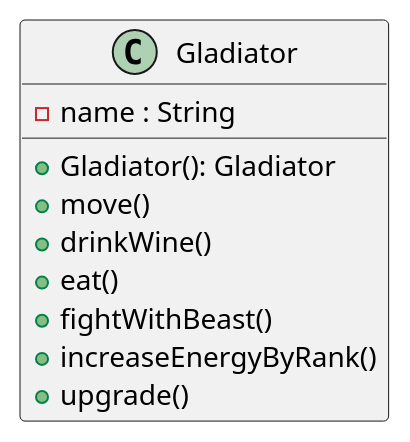
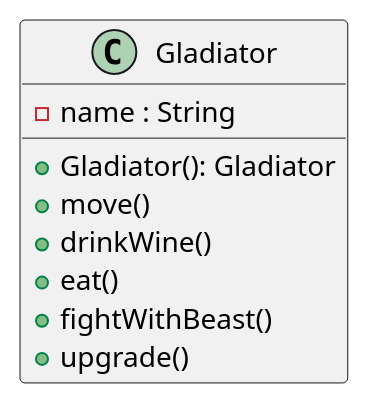
The diagram in diagrams/classes/Gladiator/Gladiator.plantuml (PabloGCH/tp2-algo3), drawn with PlantUML before and after one commit.

Commit message:
removing method from Gladiator diagram

```diff
--- a/diagrams/classes/Gladiator/Gladiator.plantuml
+++ b/diagrams/classes/Gladiator/Gladiator.plantuml
@@ -1,12 +1,11 @@
 @startuml
 class Gladiator {
     -name : String
     +Gladiator(): Gladiator
     +move() /'Change to "turn" (changes in branch "use-case-3-9-10")'/
     +drinkWine()
     +eat()
     +fightWithBeast()
-    +increaseEnergyByRank()
     +upgrade()
 }
 @enduml
```
